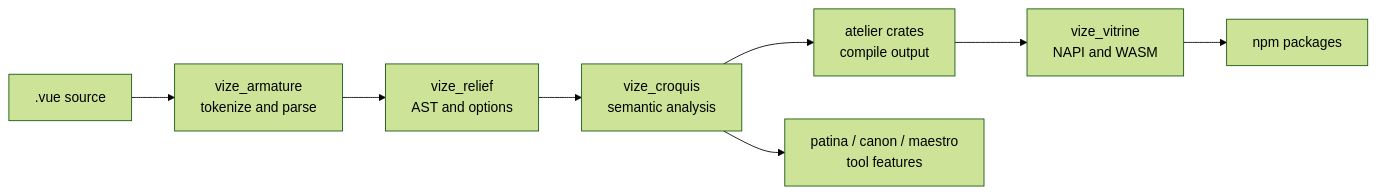
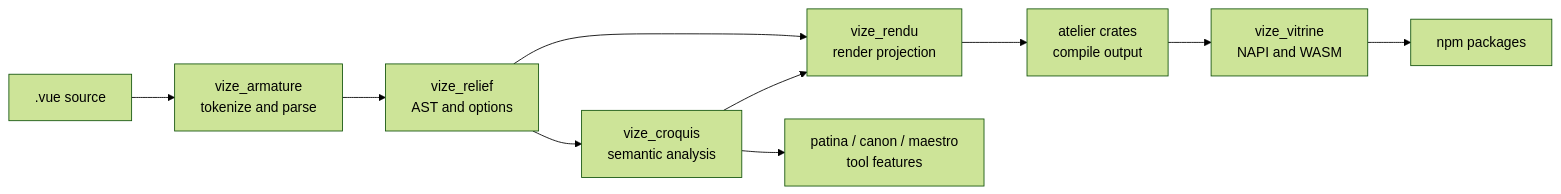
The diagram in docs/content/architecture/source-guide.md (ubugeeei-prod/vize), drawn with Mermaid (forest theme) before and after one commit. The commit also changed other lines of this file and 74 other files, not shown here.

````diff
--- a/docs/content/architecture/source-guide.md
+++ b/docs/content/architecture/source-guide.md
@@ -33,10 +33,12 @@
 ```mermaid
 graph LR
     Source[".vue source"] --> Armature["vize_armature<br/>tokenize and parse"]
     Armature --> Relief["vize_relief<br/>AST and options"]
     Relief --> Croquis["vize_croquis<br/>semantic analysis"]
-    Croquis --> Atelier["atelier crates<br/>compile output"]
+    Relief --> Rendu["vize_rendu<br/>render projection"]
+    Croquis --> Rendu
+    Rendu --> Atelier["atelier crates<br/>compile output"]
     Croquis --> Tools["patina / canon / maestro<br/>tool features"]
     Atelier --> Vitrine["vize_vitrine<br/>NAPI and WASM"]
     Vitrine --> Packages["npm packages"]
 ```
````
